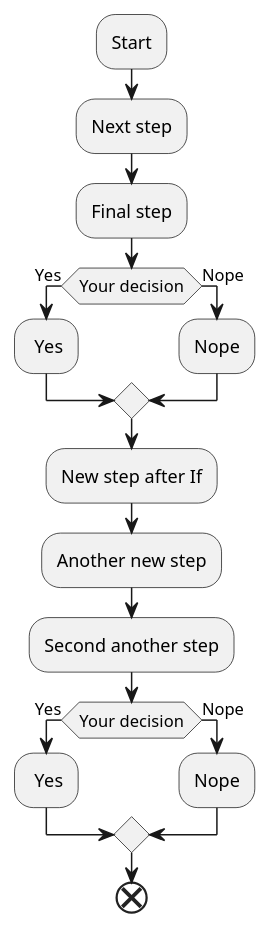
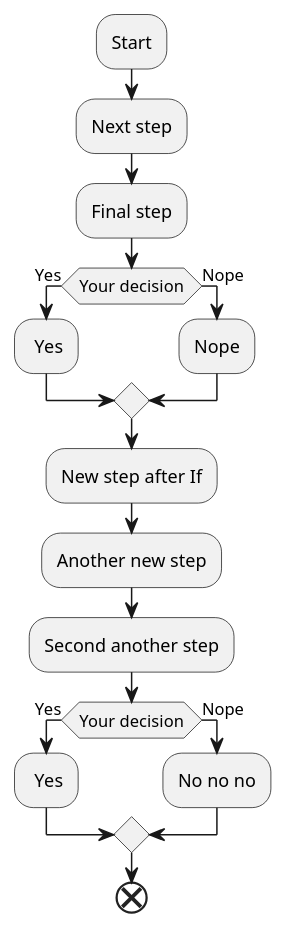
Before and after one commit to Stanyslav25/Plant_Uml_VCS: the diagram in Diagram/Diagramm.puml, drawn with PlantUML.

Commit message:
Update second if block

```diff
--- a/Diagram/Diagramm.puml
+++ b/Diagram/Diagramm.puml
@@ -1,19 +1,19 @@
 @startuml
 :Start;
 :Next step;
 :Final step;
 if (Your decision) then (Yes)
 : Yes;
 else (Nope)
 :Nope;
 endIf
 :New step after If;
 :Another new step;
 :Second another step;
 if (Your decision) then (Yes)
 : Yes;
 else (Nope)
-:Nope;
+:No no no;
 endIf
 end
 @enduml
```
